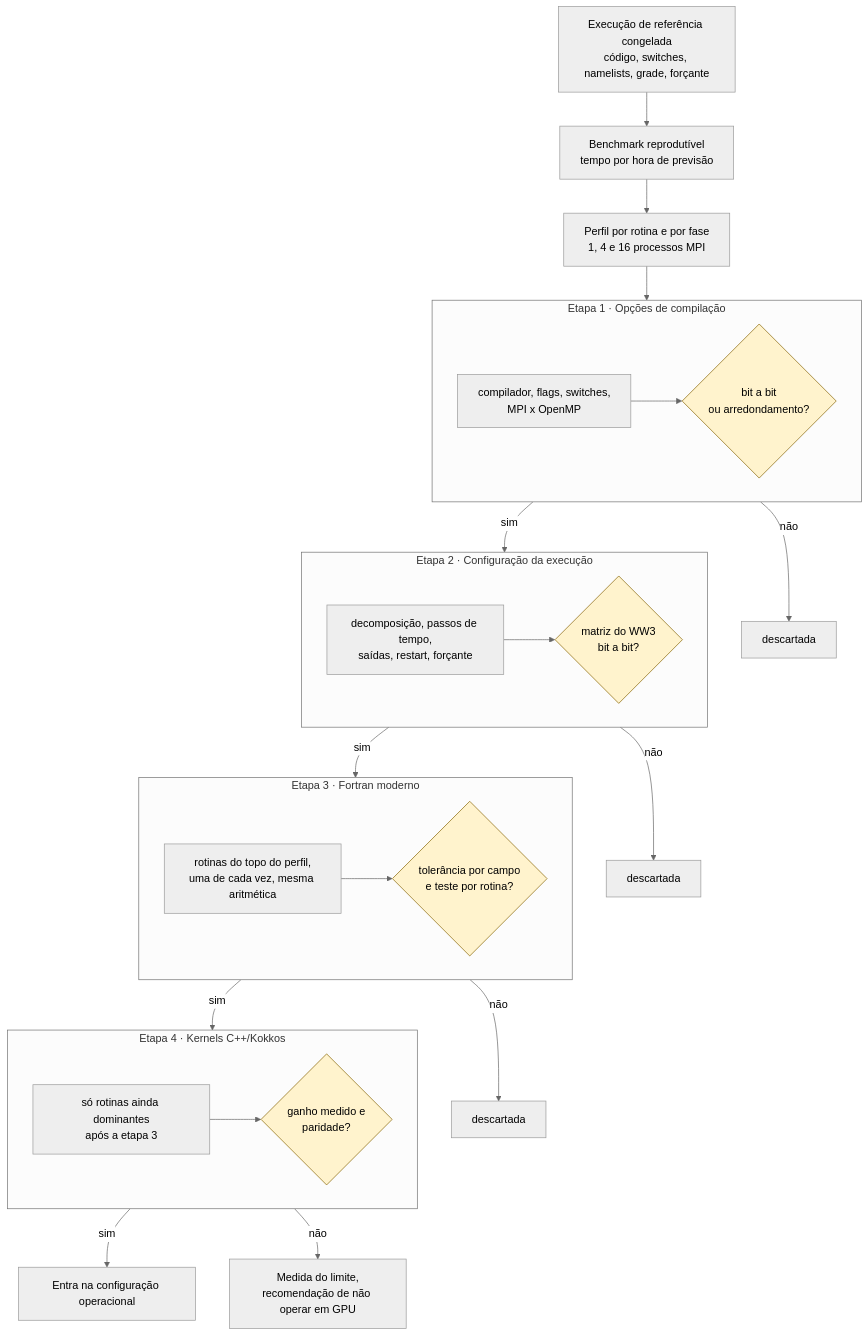
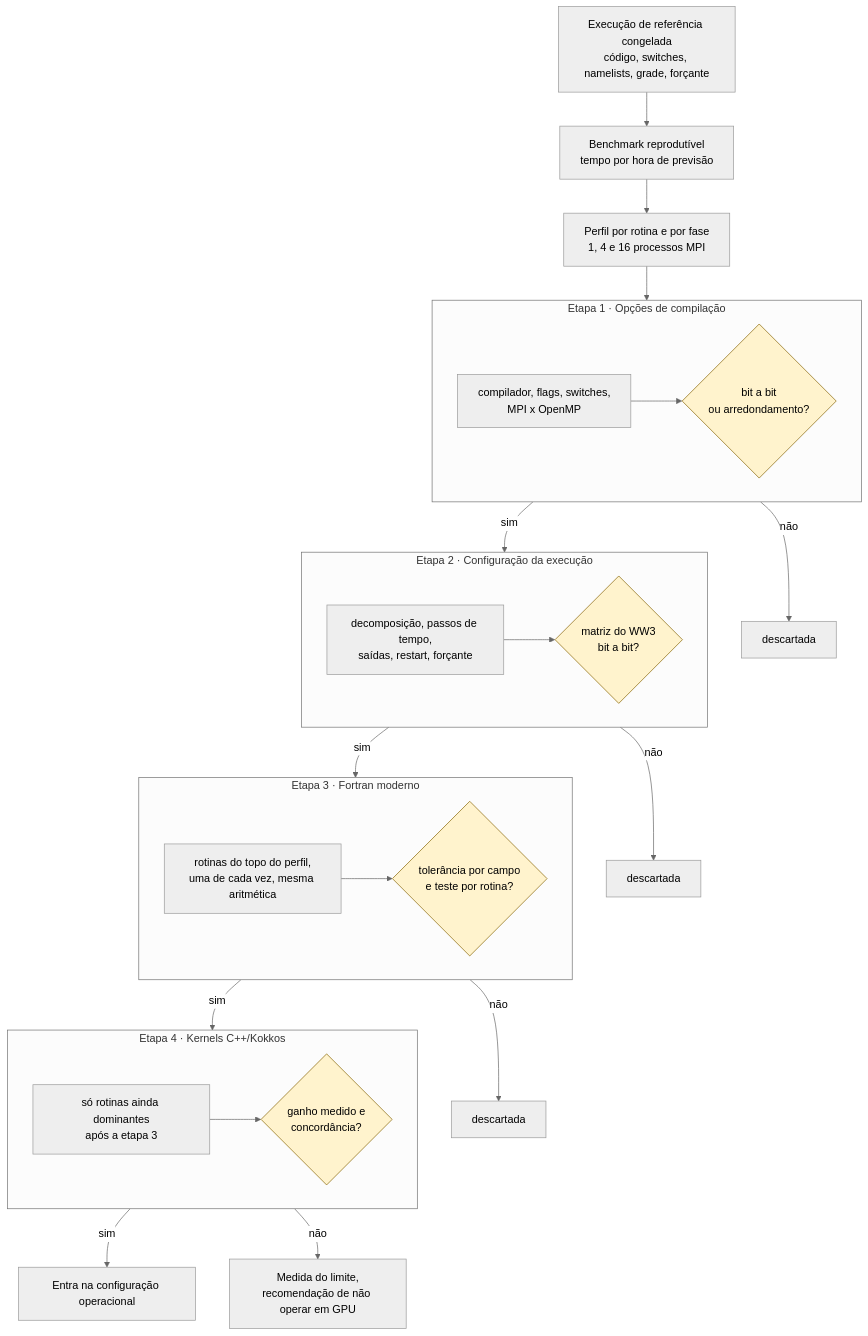
One commit to h0ffmann/ww3-gpu changed the second of 8 diagrams in pubs/proposal/mapas-mentais.pt.md. Above: the diagram before and after it, drawn with Mermaid (neutral theme). The commit also changed other lines of this file and 17 other files, not shown here.

````diff
--- a/pubs/proposal/mapas-mentais.pt.md
+++ b/pubs/proposal/mapas-mentais.pt.md
@@ -40,37 +40,37 @@
 ```mermaid
 flowchart TD
     R[Execução de referência congelada<br/>código, switches, namelists, grade, forçante] --> B[Benchmark reprodutível<br/>tempo por hora de previsão]
     B --> P[Perfil por rotina e por fase<br/>1, 4 e 16 processos MPI]
     P --> E1
 
     subgraph E1[Etapa 1 · Opções de compilação]
         direction LR
         E1a[compilador, flags, switches,<br/>MPI x OpenMP] --> E1g{bit a bit<br/>ou arredondamento?}
     end
     E1g -- sim --> E2
     E1g -- não --> X1[descartada]
 
     subgraph E2[Etapa 2 · Configuração da execução]
         direction LR
         E2a[decomposição, passos de tempo,<br/>saídas, restart, forçante] --> E2g{matriz do WW3<br/>bit a bit?}
     end
     E2g -- sim --> E3
     E2g -- não --> X2[descartada]
 
     subgraph E3[Etapa 3 · Fortran moderno]
         direction LR
         E3a[rotinas do topo do perfil,<br/>uma de cada vez, mesma aritmética] --> E3g{tolerância por campo<br/>e teste por rotina?}
     end
     E3g -- sim --> E4
     E3g -- não --> X3[descartada]
 
     subgraph E4[Etapa 4 · Kernels C++/Kokkos]
         direction LR
-        E4a[só rotinas ainda dominantes<br/>após a etapa 3] --> E4g{ganho medido e<br/>paridade?}
+        E4a[só rotinas ainda dominantes<br/>após a etapa 3] --> E4g{ganho medido e<br/>concordância?}
     end
     E4g -- sim --> OP[Entra na configuração operacional]
     E4g -- não --> LIM[Medida do limite,<br/>recomendação de não operar em GPU]
 
     classDef gate fill:#fff3cd,stroke:#856404;
     class E1g,E2g,E3g,E4g gate;
 ```
````
